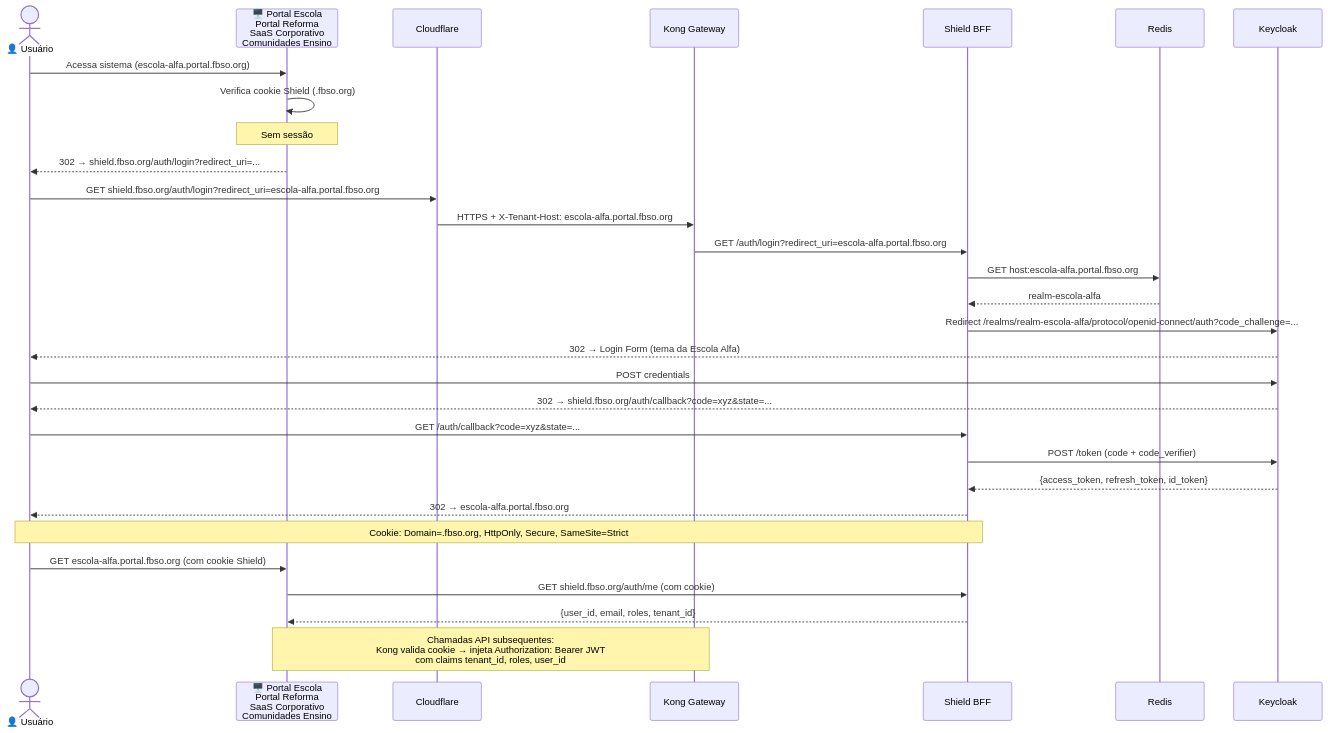
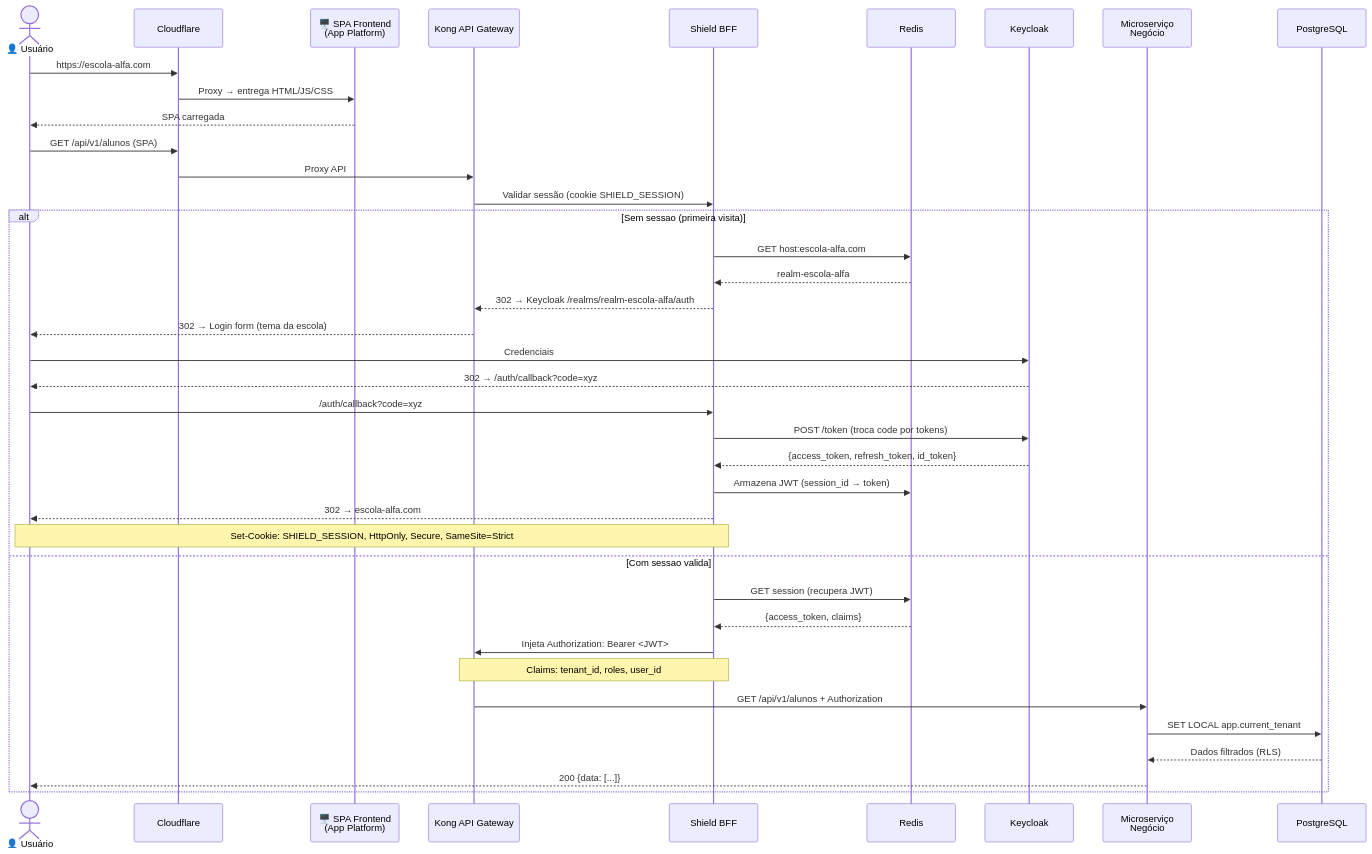
The sixth of 7 diagrams in business-inputs/business-projects/PRJ-TEC-2026-0004-PROJETO-SHIELD/11-HLD-PRJ-TEC-2026-0004-PROJETO-SHIELD.md (bolismar69/workspace-fbso), drawn with Mermaid before and after one commit. The commit also changed other lines of this file and 2 other files, not shown here.

First line of the commit message:
docs: revisao completa dos diagramas — Shield como filtro Kong

````diff
--- a/business-inputs/business-projects/PRJ-TEC-2026-0004-PROJETO-SHIELD/11-HLD-PRJ-TEC-2026-0004-PROJETO-SHIELD.md
+++ b/business-inputs/business-projects/PRJ-TEC-2026-0004-PROJETO-SHIELD/11-HLD-PRJ-TEC-2026-0004-PROJETO-SHIELD.md
@@ -185,41 +229,45 @@
 ```mermaid
 sequenceDiagram
     actor User as 👤 Usuário
-    participant Sys as 🖥️ Portal Escola<br/>Portal Reforma<br/>SaaS Corporativo<br/>Comunidades Ensino
     participant CF as Cloudflare
-    participant Kong as Kong Gateway
-    participant BFF as Shield BFF
+    participant SPA as 🖥️ SPA Frontend<br/>(App Platform)
+    participant Kong as Kong API Gateway
+    participant Shield as Shield BFF
     participant Redis as Redis
     participant KC as Keycloak
+    participant MS as Microserviço<br/>Negócio
+    participant PG as PostgreSQL
 
-    User->>Sys: Acessa sistema (escola-alfa.portal.fbso.org)
-    Sys->>Sys: Verifica cookie Shield (.fbso.org)
-    Note over Sys: Sem sessão
-    Sys-->>User: 302 → shield.fbso.org/auth/login?redirect_uri=...
+    User->>CF: https://escola-alfa.com
+    CF->>SPA: Proxy → entrega HTML/JS/CSS
+    SPA-->>User: SPA carregada
 
-    User->>CF: GET shield.fbso.org/auth/login?redirect_uri=escola-alfa.portal.fbso.org
-    CF->>Kong: HTTPS + X-Tenant-Host: escola-alfa.portal.fbso.org
-    Kong->>BFF: GET /auth/login?redirect_uri=escola-alfa.portal.fbso.org
+    User->>CF: GET /api/v1/alunos (SPA)
+    CF->>Kong: Proxy API
+    Kong->>Shield: Validar sessão (cookie SHIELD_SESSION)
 
-    BFF->>Redis: GET host:escola-alfa.portal.fbso.org
-    Redis-->>BFF: realm-escola-alfa
+    alt Sem sessao (primeira visita)
+        Shield->>Redis: GET host:escola-alfa.com
+        Redis-->>Shield: realm-escola-alfa
+        Shield-->>Kong: 302 → Keycloak /realms/realm-escola-alfa/auth
+        Kong-->>User: 302 → Login form (tema da escola)
 
-    BFF->>KC: Redirect /realms/realm-escola-alfa/protocol/openid-connect/auth?code_challenge=...
-    KC-->>User: 302 → Login Form (tema da Escola Alfa)
-
-    User->>KC: POST credentials
-    KC-->>User: 302 → shield.fbso.org/auth/callback?code=xyz&state=...
-
-    User->>BFF: GET /auth/callback?code=xyz&state=...
-    BFF->>KC: POST /token (code + code_verifier)
-    KC-->>BFF: {access_token, refresh_token, id_token}
-
-    BFF-->>User: 302 → escola-alfa.portal.fbso.org
-    Note over BFF,User: Cookie: Domain=.fbso.org, HttpOnly, Secure, SameSite=Strict
-
-    User->>Sys: GET escola-alfa.portal.fbso.org (com cookie Shield)
-    Sys->>BFF: GET shield.fbso.org/auth/me (com cookie)
-    BFF-->>Sys: {user_id, email, roles, tenant_id}
-
-    Note over Sys,Kong: Chamadas API subsequentes:<br/>Kong valida cookie → injeta Authorization: Bearer JWT<br/>com claims tenant_id, roles, user_id
+        User->>KC: Credenciais
+        KC-->>User: 302 → /auth/callback?code=xyz
+        User->>Shield: /auth/callback?code=xyz
+        Shield->>KC: POST /token (troca code por tokens)
+        KC-->>Shield: {access_token, refresh_token, id_token}
+        Shield->>Redis: Armazena JWT (session_id → token)
+        Shield-->>User: 302 → escola-alfa.com
+        Note over Shield,User: Set-Cookie: SHIELD_SESSION, HttpOnly, Secure, SameSite=Strict
+    else Com sessao valida
+        Shield->>Redis: GET session (recupera JWT)
+        Redis-->>Shield: {access_token, claims}
+        Shield->>Kong: Injeta Authorization: Bearer <JWT>
+        Note over Shield,Kong: Claims: tenant_id, roles, user_id
+        Kong->>MS: GET /api/v1/alunos + Authorization
+        MS->>PG: SET LOCAL app.current_tenant
+        PG-->>MS: Dados filtrados (RLS)
+        MS-->>User: 200 {data: [...]}
+    end
 ```
````
